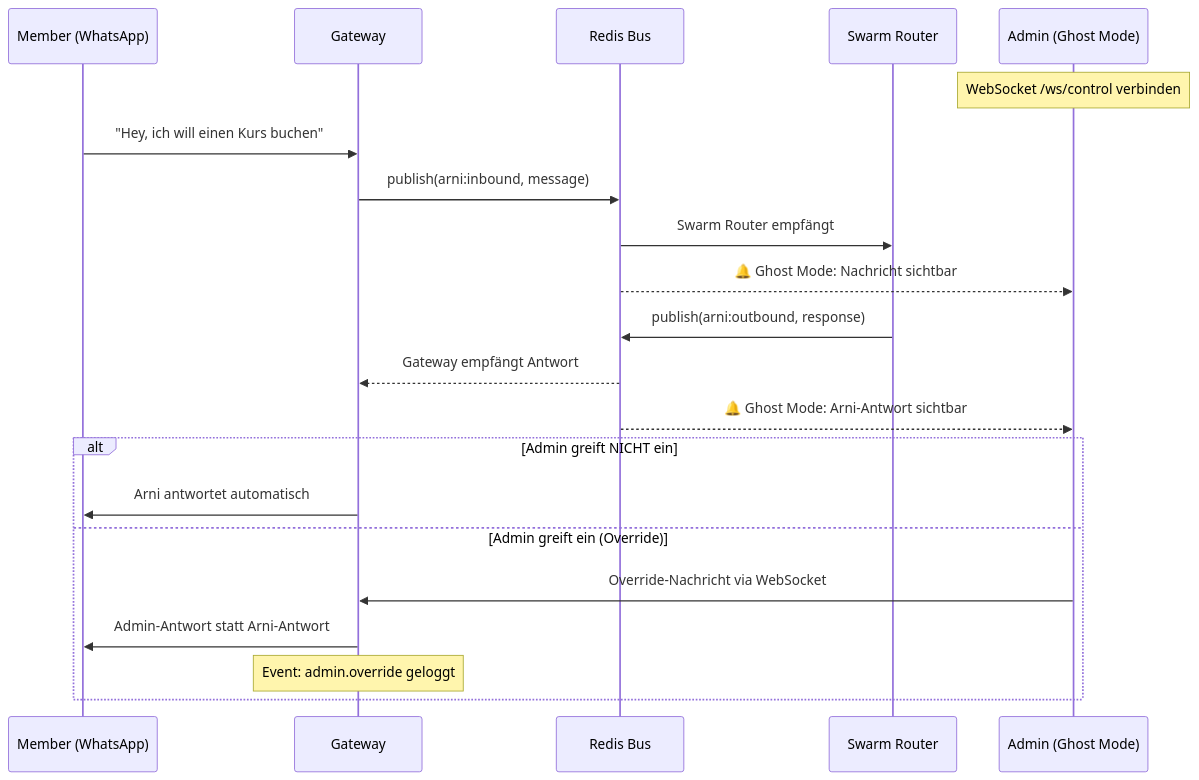
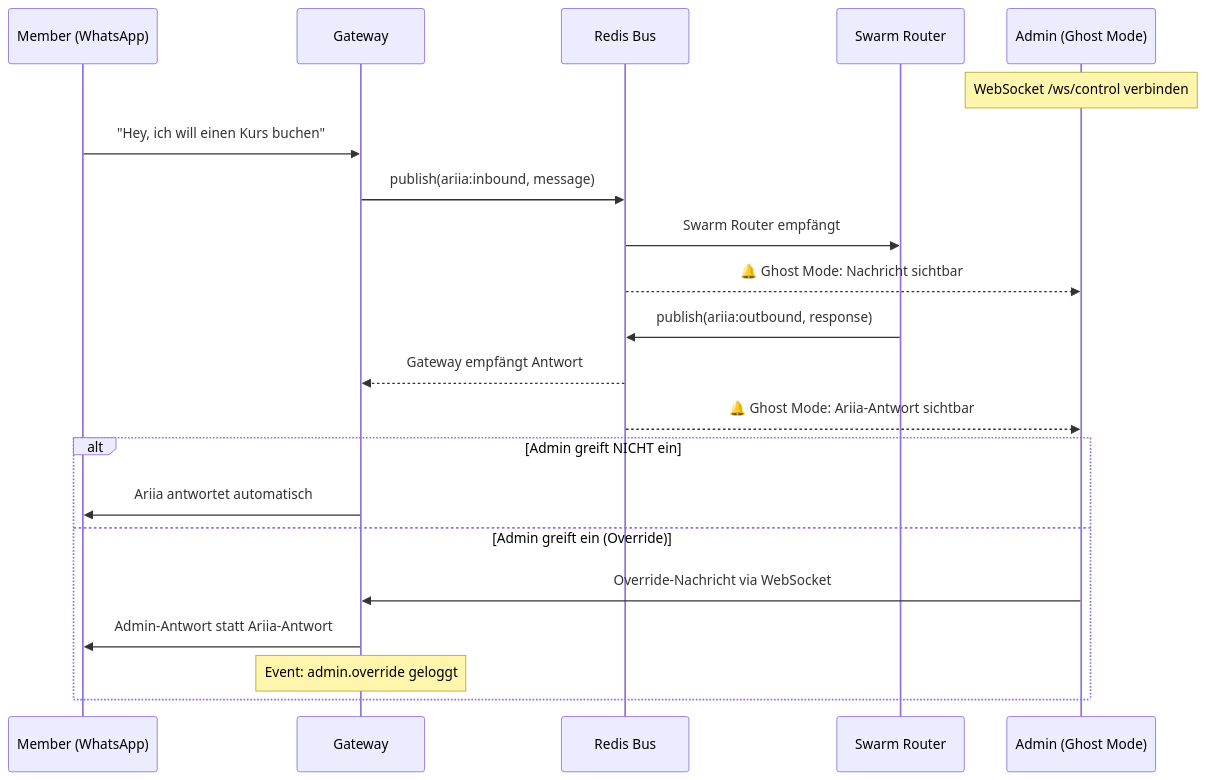
One commit to DamienDrash/arni changed the diagram in docs/specs/GHOST_MODE_UX.md. Above: the diagram before and after it, drawn with Mermaid. The commit also changed other lines of this file and 234 other files, not shown here.

Commit message:
rebranding: complete migration from ARNI to ARIIA and fix typos

````diff
--- a/docs/specs/GHOST_MODE_UX.md
+++ b/docs/specs/GHOST_MODE_UX.md
@@ -15,27 +15,27 @@
 ```mermaid
 sequenceDiagram
     participant M as Member (WhatsApp)
     participant G as Gateway
     participant R as Redis Bus
     participant S as Swarm Router
     participant A as Admin (Ghost Mode)
 
     Note over A: WebSocket /ws/control verbinden
 
     M->>G: "Hey, ich will einen Kurs buchen"
-    G->>R: publish(arni:inbound, message)
+    G->>R: publish(ariia:inbound, message)
     R->>S: Swarm Router empfängt
     R-->>A: 🔔 Ghost Mode: Nachricht sichtbar
 
-    S->>R: publish(arni:outbound, response)
+    S->>R: publish(ariia:outbound, response)
     R-->>G: Gateway empfängt Antwort
-    R-->>A: 🔔 Ghost Mode: Arni-Antwort sichtbar
+    R-->>A: 🔔 Ghost Mode: Ariia-Antwort sichtbar
 
     alt Admin greift NICHT ein
-        G->>M: Arni antwortet automatisch
+        G->>M: Ariia antwortet automatisch
     else Admin greift ein (Override)
         A->>G: Override-Nachricht via WebSocket
-        G->>M: Admin-Antwort statt Arni-Antwort
+        G->>M: Admin-Antwort statt Ariia-Antwort
         Note over G: Event: admin.override geloggt
     end
 ```
````
